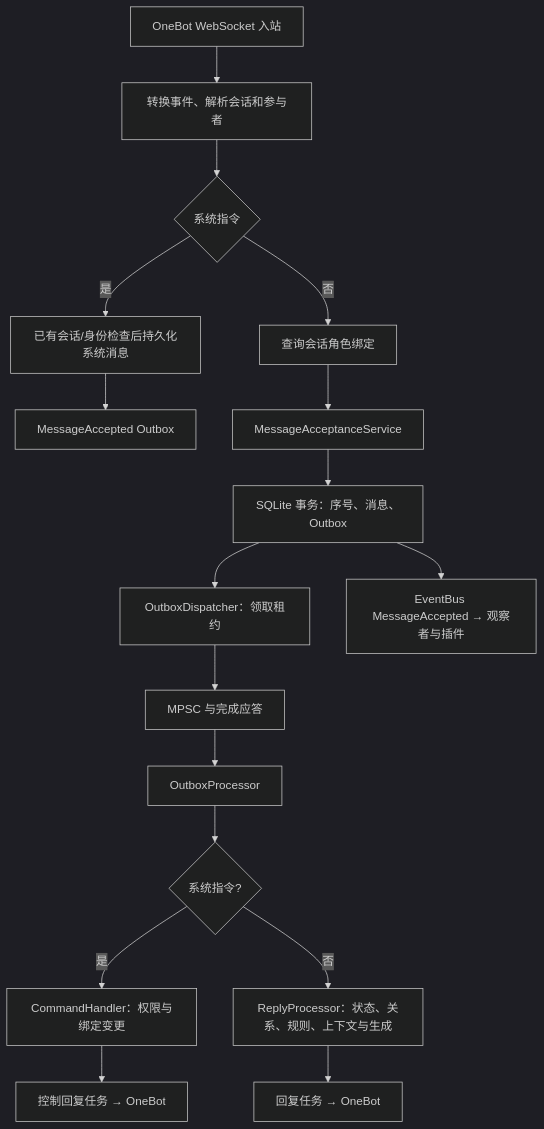
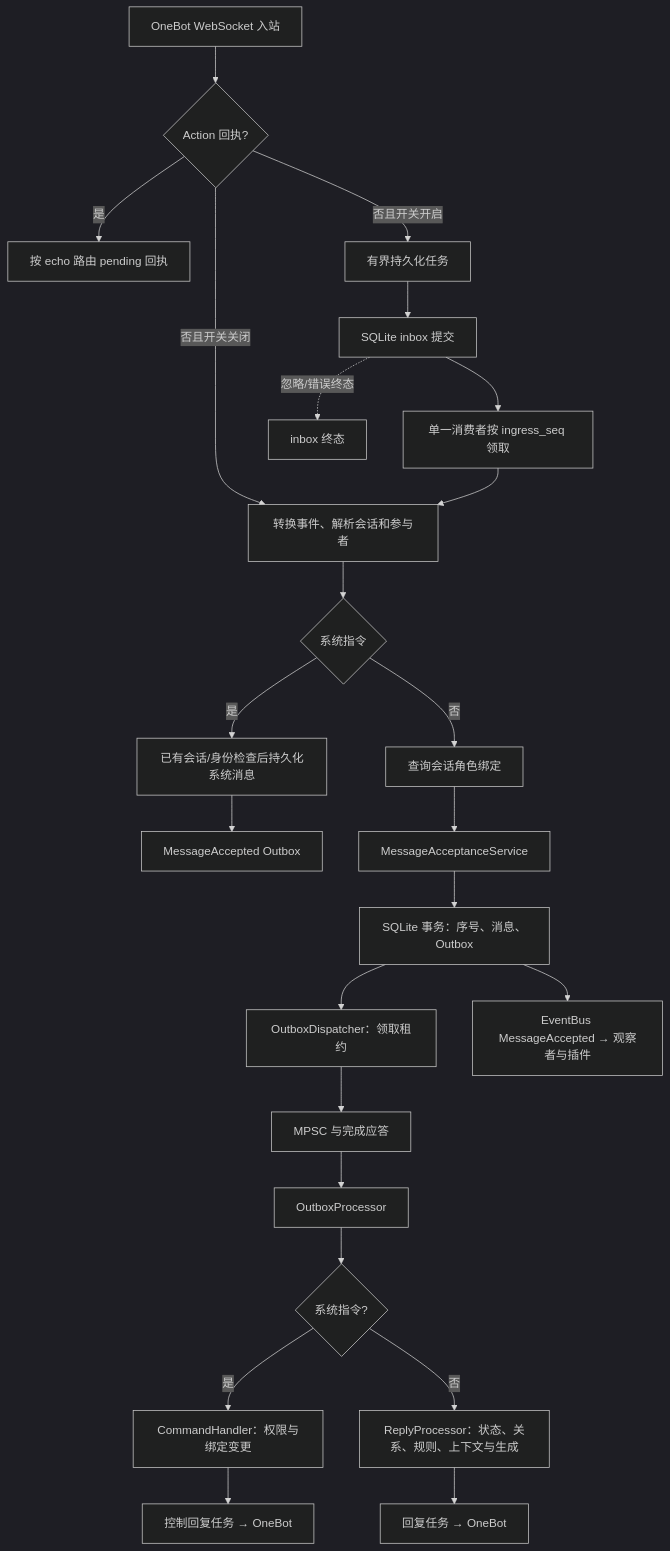
One commit to yomua-cat/yomua-bot changed the diagram in docs/architecture.md. Above: the diagram before and after it, drawn with Mermaid (dark theme). The commit also changed other lines of this file and 6 other files, not shown here.

````diff
--- a/docs/architecture.md
+++ b/docs/architecture.md
@@ -24,19 +24,26 @@
 ```mermaid
 flowchart TD
-    A[OneBot WebSocket 入站] --> B[转换事件、解析会话和参与者]
+    A[OneBot WebSocket 入站] --> A1{Action 回执?}
+    A1 -->|是| ACK[按 echo 路由 pending 回执]
+    A1 -->|否且开关关闭| B[转换事件、解析会话和参与者]
+    A1 -->|否且开关开启| IN[有界持久化任务]
+    IN --> DB0[SQLite inbox 提交]
+    DB0 --> CON[单一消费者按 ingress_seq 领取]
+    CON --> B
     B --> C{系统指令}
     C -->|是| D[已有会话/身份检查后持久化系统消息]
     D --> E[MessageAccepted Outbox]
     C -->|否| F[查询会话角色绑定]
     F --> G[MessageAcceptanceService]
     G --> H[SQLite 事务：序号、消息、Outbox]
     H --> I[OutboxDispatcher：领取租约]
     I --> J[MPSC 与完成应答]
     J --> K[OutboxProcessor]
     K --> L{系统指令?}
     L -->|是| M[CommandHandler：权限与绑定变更]
     L -->|否| N[ReplyProcessor：状态、关系、规则、上下文与生成]
     M --> O[控制回复任务 → OneBot]
     N --> P[回复任务 → OneBot]
     H --> Q[EventBus MessageAccepted → 观察者与插件]
+    DB0 -.忽略/错误终态.-> TERM[inbox 终态]
 ```
````
